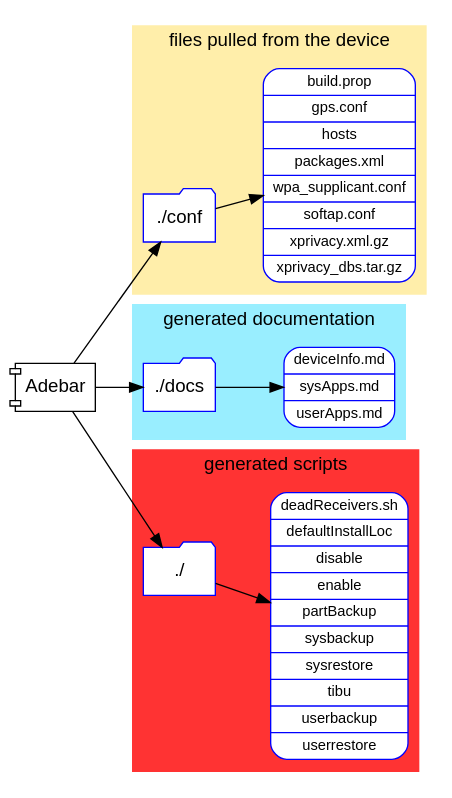
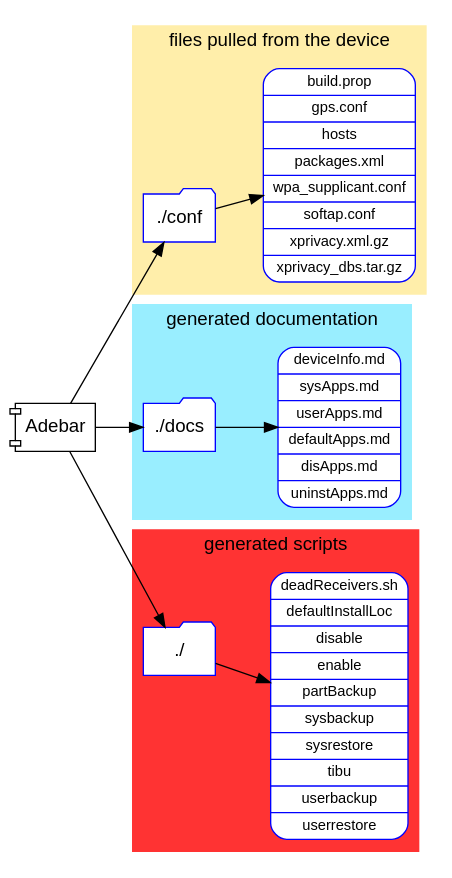
Before and after one commit to IzzySoft/Adebar: the diagram in doc/AdebarFiles.gv, drawn with Graphviz.

Commit message:
updating files graphic (Graphviz) to match Adebar 2.0.2

```diff
--- a/doc/AdebarFiles.gv
+++ b/doc/AdebarFiles.gv
@@ -1,49 +1,49 @@
 digraph AdebarFiles {
 /* Files generated by Adebar. Graphviz data file. */
 
   fontname = Arial;
   node [ fontname = Arial ];
   rankdir = LR;
 
   subgraph cluster_conf {
     rankdir = LR;
     style = filled;
     color = "#ffeeaa";
     node [ style=filled, color=blue, fillcolor=white ];
     label = "files pulled from the device";
 
     conf [ shape = folder, label = "./conf" ];
     conffiles [ shape = Mrecord, fontsize = 11, label = "build.prop|gps.conf|hosts|packages.xml|wpa_supplicant.conf|softap.conf|xprivacy.xml.gz|xprivacy_dbs.tar.gz" ];
     conf -> conffiles;
   }
 
   subgraph cluster_doc {
     rankdir = LR;
     style = filled;
     color = "#99eeff";
     node [ style=filled, color=blue, fillcolor=white ];
     label = "generated documentation"
 
     docs [ shape = folder, label = "./docs" ];
-    docfiles [ shape = Mrecord, fontsize = 11, label = "deviceInfo.md|sysApps.md|userApps.md" ];
+    docfiles [ shape = Mrecord, fontsize = 11, label = "deviceInfo.md|sysApps.md|userApps.md|defaultApps.md|disApps.md|uninstApps.md" ];
     docs -> docfiles;
   }
 
   subgraph cluster_scripts {
     rankdir = LR;
     style = filled;
     color = "#ff3333";
     node [ style=filled, color=blue, fillcolor=white ];
     label = "generated scripts";
 
     scripts [ shape = folder, label = "./" ];
     scriptfiles [ shape= Mrecord, fontsize = 11, label = "deadReceivers.sh|defaultInstallLoc|disable|enable|partBackup|sysbackup|sysrestore|tibu|userbackup|userrestore" ];
     scripts -> scriptfiles;
   }
 
   Adebar [ shape = component ];
   Adebar -> conf;
   Adebar -> docs;
   Adebar -> scripts;
 
 }
```
